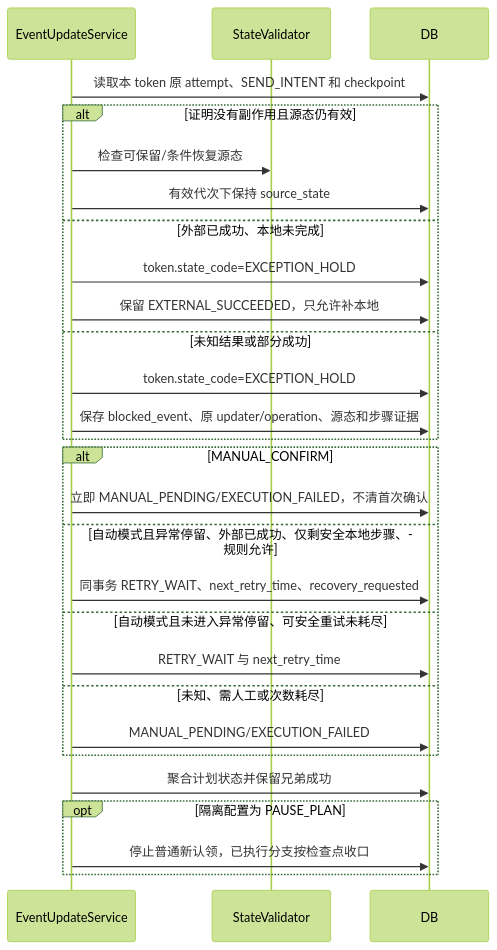
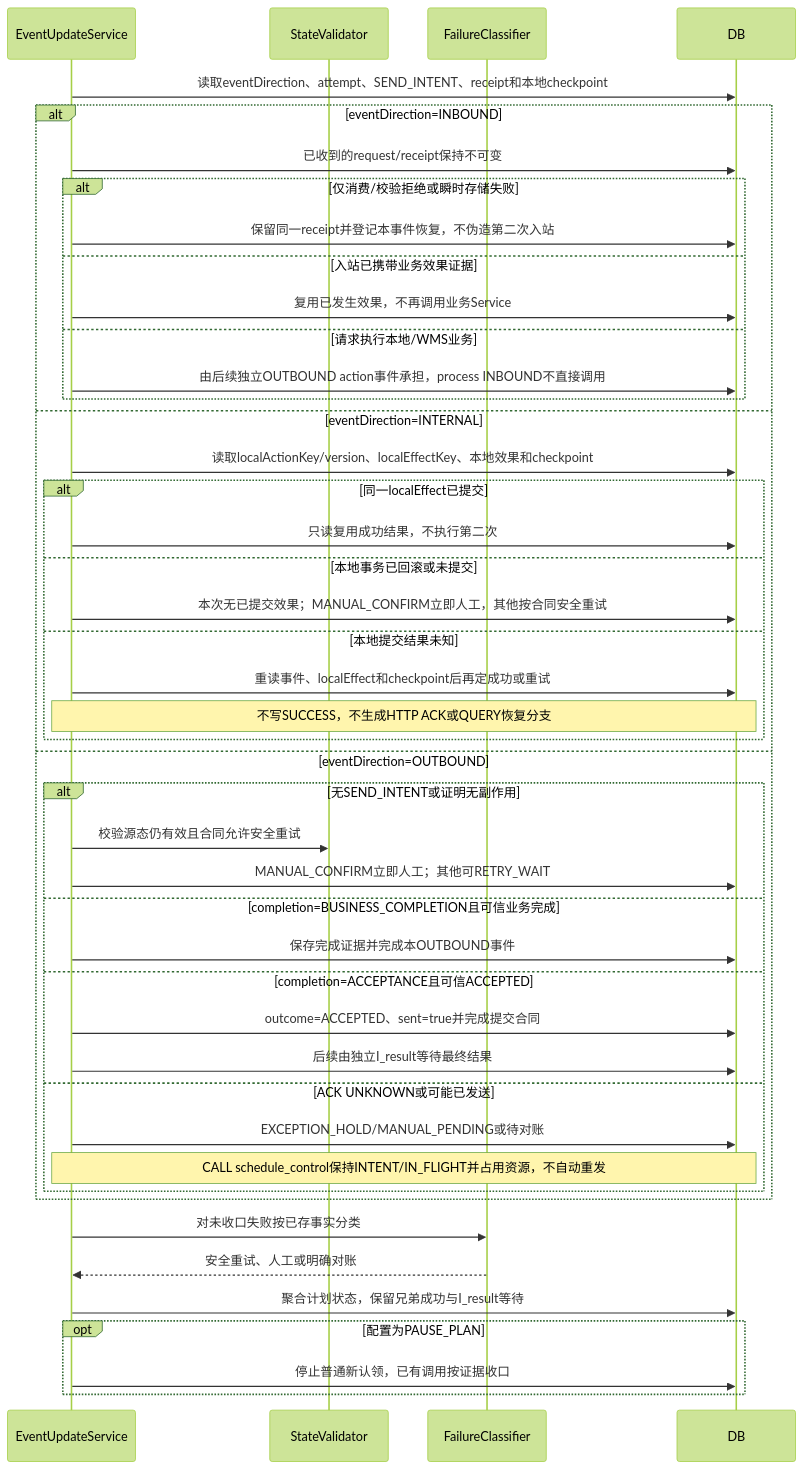
Before and after one commit to Yohmien/innolux-iws: the ninth of 36 diagrams in docs/plan-event-state-machine-sequences.md, drawn with Mermaid (forest theme). The commit also changed other lines of this file and 3 other files, not shown here.

Commit message:
docs(plan-event): 更新状态机设计与实施计划

````diff
--- a/docs/plan-event-state-machine-sequences.md
+++ b/docs/plan-event-state-machine-sequences.md
@@ -294,30 +478,47 @@
 ```mermaid
 sequenceDiagram
   participant E as EventUpdateService
   participant V as StateValidator
+  participant F as FailureClassifier
   participant D as DB
-  E->>D: 读取本 token 原 attempt、SEND_INTENT 和 checkpoint
-  alt 证明没有副作用且源态仍有效
-    E->>V: 检查可保留/条件恢复源态
-    E->>D: 有效代次下保持 source_state
-  else 外部已成功、本地未完成
-    E->>D: token.state_code=EXCEPTION_HOLD
-    E->>D: 保留 EXTERNAL_SUCCEEDED，只允许补本地
-  else 未知结果或部分成功
-    E->>D: token.state_code=EXCEPTION_HOLD
-    E->>D: 保存 blocked_event、原 updater/operation、源态和步骤证据
+  E->>D: 读取eventDirection、attempt、SEND_INTENT、receipt和本地checkpoint
+  alt eventDirection=INBOUND
+    E->>D: 已收到的request/receipt保持不可变
+    alt 仅消费/校验拒绝或瞬时存储失败
+      E->>D: 保留同一receipt并登记本事件恢复，不伪造第二次入站
+    else 入站已携带业务效果证据
+      E->>D: 复用已发生效果，不再调用业务Service
+    else 请求执行本地/WMS业务
+      E->>D: 由后续独立OUTBOUND action事件承担，process INBOUND不直接调用
+    end
+  else eventDirection=INTERNAL
+    E->>D: 读取localActionKey/version、localEffectKey、本地效果和checkpoint
+    alt 同一localEffect已提交
+      E->>D: 只读复用成功结果，不执行第二次
+    else 本地事务已回滚或未提交
+      E->>D: 本次无已提交效果；MANUAL_CONFIRM立即人工，其他按合同安全重试
+    else 本地提交结果未知
+      E->>D: 重读事件、localEffect和checkpoint后再定成功或重试
+      Note over E,D: 不写SUCCESS，不生成HTTP ACK或QUERY恢复分支
+    end
+  else eventDirection=OUTBOUND
+    alt 无SEND_INTENT或证明无副作用
+      E->>V: 校验源态仍有效且合同允许安全重试
+      E->>D: MANUAL_CONFIRM立即人工；其他可RETRY_WAIT
+    else completion=BUSINESS_COMPLETION且可信业务完成
+      E->>D: 保存完成证据并完成本OUTBOUND事件
+    else completion=ACCEPTANCE且可信ACCEPTED
+      E->>D: outcome=ACCEPTED、sent=true并完成提交合同
+      E->>D: 后续由独立I_result等待最终结果
+    else ACK UNKNOWN或可能已发送
+      E->>D: EXCEPTION_HOLD/MANUAL_PENDING或待对账
+      Note over E,D: CALL schedule_control保持INTENT/IN_FLIGHT并占用资源，不自动重发
+    end
   end
-  alt MANUAL_CONFIRM
-    E->>D: 立即 MANUAL_PENDING/EXECUTION_FAILED，不清首次确认
-  else 自动模式且异常停留、外部已成功、仅剩安全本地步骤、规则允许
-    E->>D: 同事务 RETRY_WAIT、next_retry_time、recovery_requested
-  else 自动模式且未进入异常停留、可安全重试未耗尽
-    E->>D: RETRY_WAIT 与 next_retry_time
-  else 未知、需人工或次数耗尽
-    E->>D: MANUAL_PENDING/EXECUTION_FAILED
-  end
-  E->>D: 聚合计划状态并保留兄弟成功
-  opt 隔离配置为 PAUSE_PLAN
-    E->>D: 停止普通新认领，已执行分支按检查点收口
+  E->>F: 对未收口失败按已存事实分类
+  F-->>E: 安全重试、人工或明确对账
+  E->>D: 聚合计划状态，保留兄弟成功与I_result等待
+  opt 配置为PAUSE_PLAN
+    E->>D: 停止普通新认领，已有调用按证据收口
   end
 ```
````
